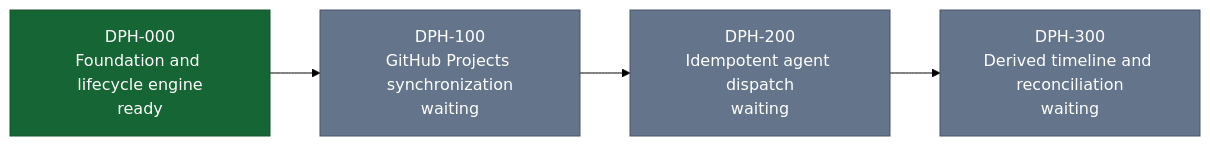
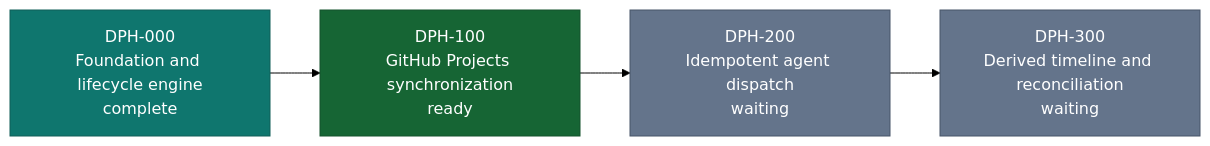
The diagram in docs/agentic/dependency-phases.mmd (timerloggedout-spec/termux-monorepo), drawn with Mermaid (forest theme) before and after one commit. The commit also changed 21 other files, not shown here.

```diff
--- a/docs/agentic/dependency-phases.mmd
+++ b/docs/agentic/dependency-phases.mmd
@@ -1,12 +1,14 @@
 flowchart LR
-  DPH_000["DPH-000<br/>Foundation and lifecycle engine<br/>ready"]
-  DPH_100["DPH-100<br/>GitHub Projects synchronization<br/>waiting"]
+  DPH_000["DPH-000<br/>Foundation and lifecycle engine<br/>complete"]
+  DPH_100["DPH-100<br/>GitHub Projects synchronization<br/>ready"]
   DPH_200["DPH-200<br/>Idempotent agent dispatch<br/>waiting"]
   DPH_300["DPH-300<br/>Derived timeline and reconciliation<br/>waiting"]
   DPH_000 --> DPH_100
   DPH_100 --> DPH_200
   DPH_200 --> DPH_300
-  class DPH_000 ready
+  class DPH_000 complete
+  classDef complete fill:#0f766e,color:#ffffff,stroke:#115e59
+  class DPH_100 ready
   classDef ready fill:#166534,color:#ffffff,stroke:#14532d
-  class DPH_100,DPH_200,DPH_300 waiting
+  class DPH_200,DPH_300 waiting
   classDef waiting fill:#64748b,color:#ffffff,stroke:#475569
```
